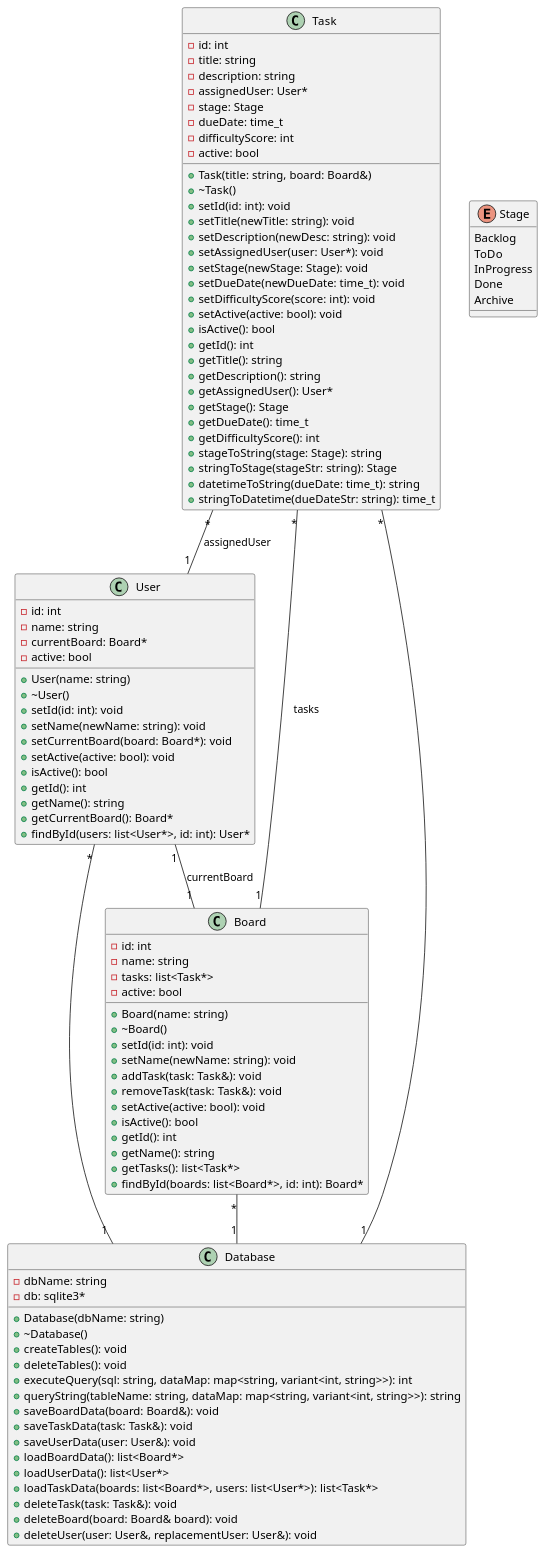
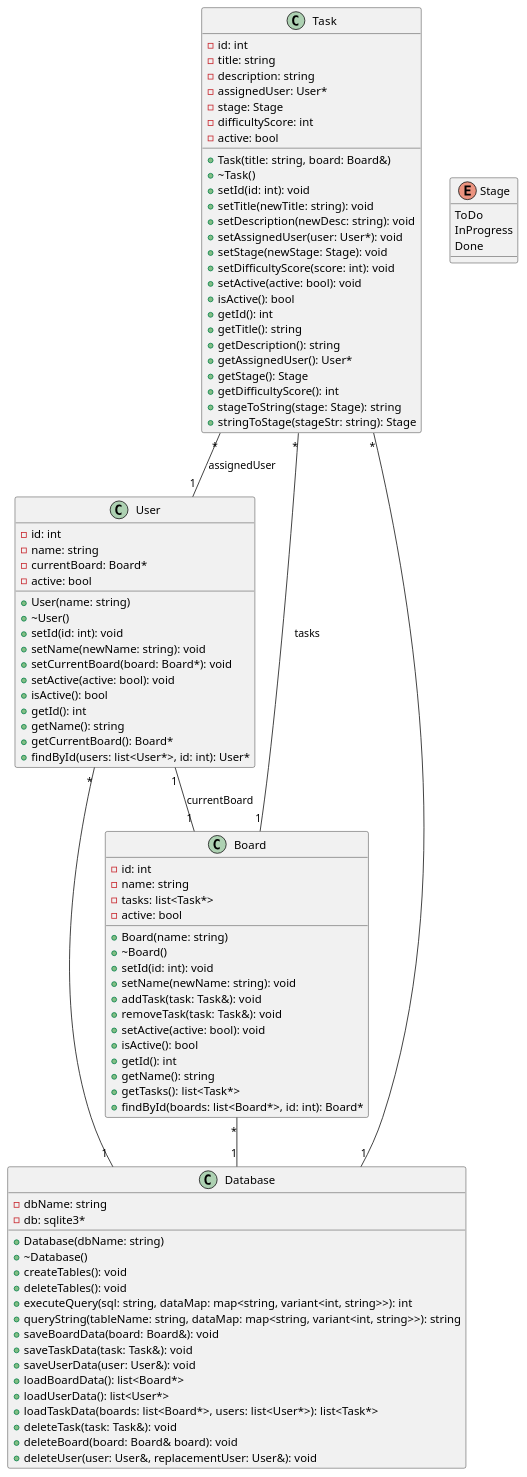
The diagram in diagrams/classUML.puml (travisformayor/cli_kanban), drawn with PlantUML before and after one commit. The commit also changed 3 other files, not shown here.

Commit message:
remove backlog stage, archive stage, due dates

```diff
--- a/diagrams/classUML.puml
+++ b/diagrams/classUML.puml
@@ -1,108 +1,101 @@
 @startuml classUML
 
 Task "*" -- "1" User : assignedUser
 Task "*" -- "1" Board : tasks
 Task "*" -- "1" Database
 Board "*" -- "1" Database
 User "*" -- "1" Database
 User "1" -- "1" Board : currentBoard
 
 class Task {
   -id: int
   -title: string
   -description: string
   -assignedUser: User*
   -stage: Stage
-  -dueDate: time_t
   -difficultyScore: int
   -active: bool
   +Task(title: string, board: Board&)
   +~Task()
   +setId(id: int): void
   +setTitle(newTitle: string): void
   +setDescription(newDesc: string): void
   +setAssignedUser(user: User*): void
   +setStage(newStage: Stage): void
-  +setDueDate(newDueDate: time_t): void
   +setDifficultyScore(score: int): void
   +setActive(active: bool): void
   +isActive(): bool
   +getId(): int
   +getTitle(): string
   +getDescription(): string
   +getAssignedUser(): User*
   +getStage(): Stage
-  +getDueDate(): time_t
   +getDifficultyScore(): int
   +stageToString(stage: Stage): string
   +stringToStage(stageStr: string): Stage
-  +datetimeToString(dueDate: time_t): string
-  +stringToDatetime(dueDateStr: string): time_t
 }
 
 enum Stage {
-  Backlog
   ToDo
   InProgress
   Done
-  Archive
 }
 
 class User {
   -id: int
   -name: string
   -currentBoard: Board*
   -active: bool
   +User(name: string)
   +~User()
   +setId(id: int): void
   +setName(newName: string): void
   +setCurrentBoard(board: Board*): void
   +setActive(active: bool): void
   +isActive(): bool
   +getId(): int
   +getName(): string
   +getCurrentBoard(): Board*
   +findById(users: list<User*>, id: int): User*
 }
 
 class Board {
   -id: int
   -name: string
   -tasks: list<Task*>
   -active: bool
   +Board(name: string)
   +~Board()
   +setId(id: int): void
   +setName(newName: string): void
   +addTask(task: Task&): void
   +removeTask(task: Task&): void
   +setActive(active: bool): void
   +isActive(): bool
   +getId(): int
   +getName(): string
   +getTasks(): list<Task*>
   +findById(boards: list<Board*>, id: int): Board*
 }
 
 class Database {
   -dbName: string
   -db: sqlite3*
   +Database(dbName: string)
   +~Database()
   +createTables(): void
   +deleteTables(): void
   +executeQuery(sql: string, dataMap: map<string, variant<int, string>>): int
   +queryString(tableName: string, dataMap: map<string, variant<int, string>>): string
   +saveBoardData(board: Board&): void
   +saveTaskData(task: Task&): void
   +saveUserData(user: User&): void
   +loadBoardData(): list<Board*>
   +loadUserData(): list<User*>
   +loadTaskData(boards: list<Board*>, users: list<User*>): list<Task*>
   +deleteTask(task: Task&): void
   +deleteBoard(board: Board& board): void
   +deleteUser(user: User&, replacementUser: User&): void
 }
 
 @enduml
```
